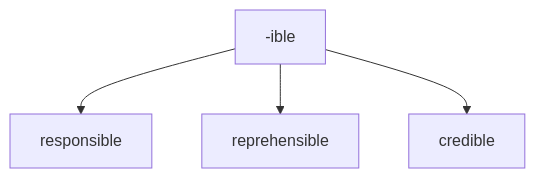
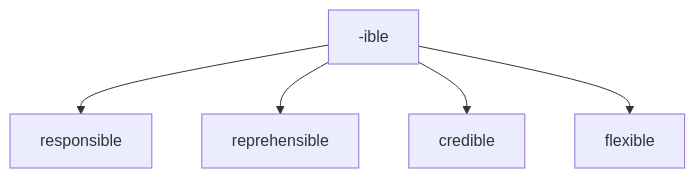
One commit to pleabargain/EnglishHelpsYourCareer changed the second of 6 diagrams in adjectives_suffixes.md. Above: the diagram before and after it, drawn with Mermaid. The commit also changed other lines of this file, not shown here.

````diff
--- a/adjectives_suffixes.md
+++ b/adjectives_suffixes.md
@@ -23,8 +23,9 @@
 ```mermaid
 graph TD;
     -ible--> responsible;
     -ible--> reprehensible;
-        -ible--> credible;
+        -ible--> credible; 
+        -ible--> flexible;
 
 
 ```
````
